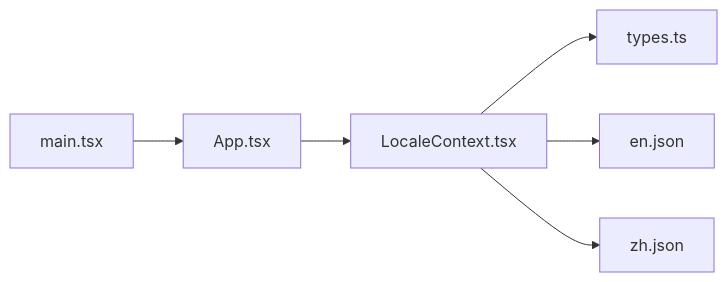
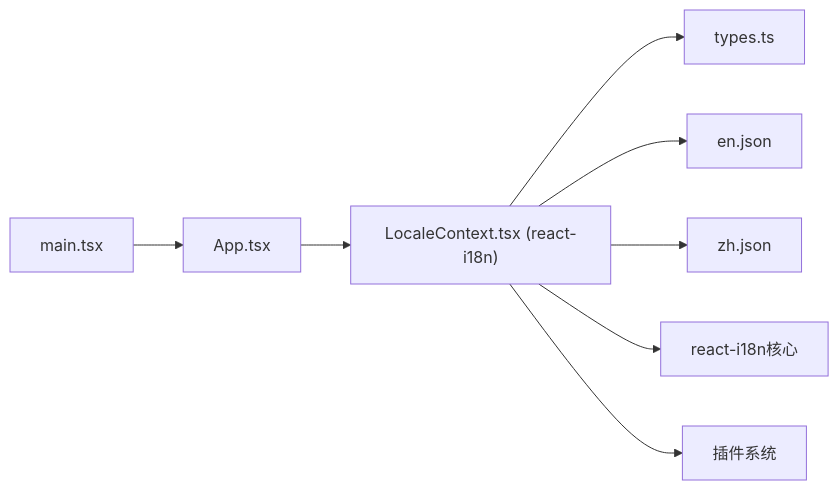
Before and after one commit to Hu-Right/supply-os: the fifth of 5 diagrams in .qoder/repowiki/zh/content/国际化系统.md, drawn with Mermaid. The commit also changed other lines of this file and 33 other files, not shown here.

````diff
--- a/.qoder/repowiki/zh/content/国际化系统.md
+++ b/.qoder/repowiki/zh/content/国际化系统.md
@@ -268,8 +332,10 @@
 ```mermaid
 graph LR
 Main["main.tsx"] --> App["App.tsx"]
-App --> Ctx["LocaleContext.tsx"]
+App --> Ctx["LocaleContext.tsx (react-i18n)"]
 Ctx --> Types["types.ts"]
 Ctx --> En["en.json"]
 Ctx --> Zh["zh.json"]
+Ctx --> I18nCore["react-i18n核心"]
+Ctx --> Plugins["插件系统"]
 ```
````
